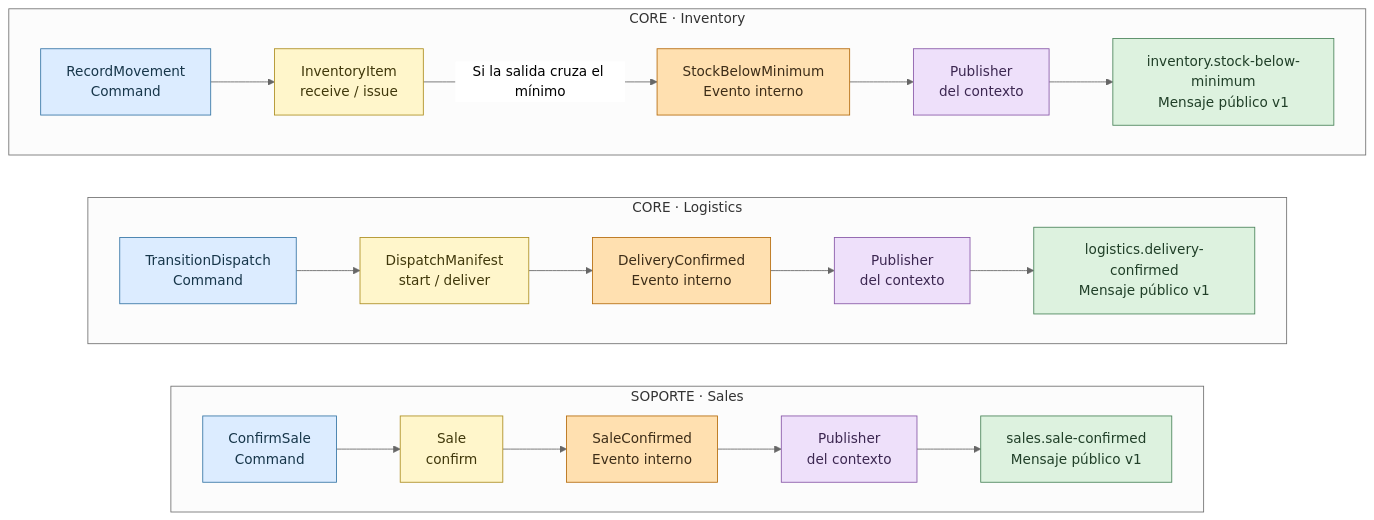
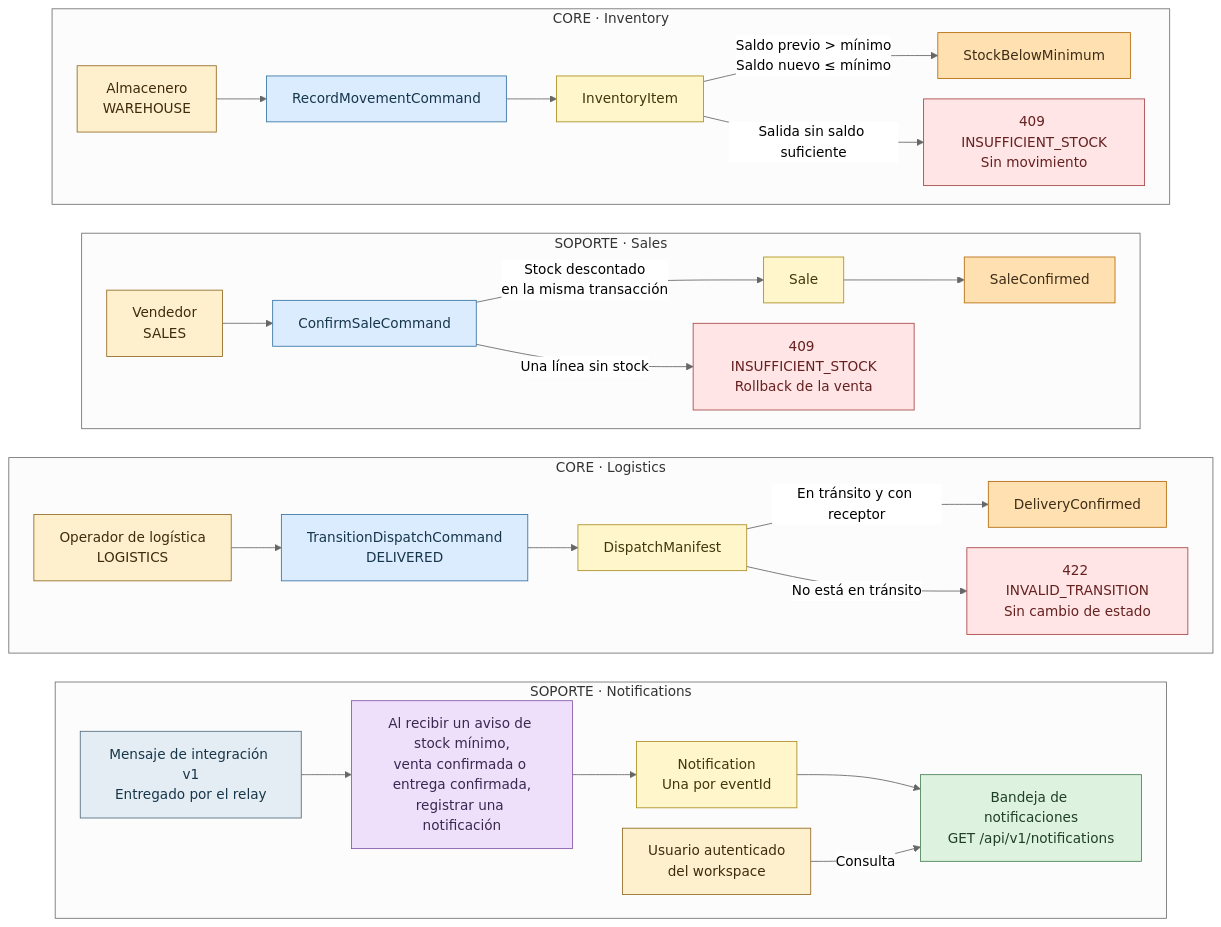
The diagram in design/diagrams/design-level-event-storming.mmd (AI-ToDu/ai-todu-report), drawn with Mermaid (neutral theme) before and after one commit. The commit also changed 3 other files, not shown here.

First line of the commit message:
I mapped actors, rejection paths, and the notification policy in EventStorming

```diff
--- a/design/diagrams/design-level-event-storming.mmd
+++ b/design/diagrams/design-level-event-storming.mmd
@@ -1,29 +1,47 @@
+---
+config:
+  flowchart:
+    nodeSpacing: 24
+    rankSpacing: 34
+---
 flowchart TB
  subgraph inventory["CORE · Inventory"]
  direction LR
- movement["RecordMovement<br/>Command"]:::command --> item["InventoryItem<br/>receive / issue"]:::aggregate
- item -->|"Si la salida cruza el mínimo"| low["StockBelowMinimum<br/>Evento interno"]:::event
- low --> invpub["Publisher<br/>del contexto"]:::policy
- invpub --> invmsg["inventory.stock-below-minimum<br/>Mensaje público v1"]:::read
+ warehouse["Almacenero<br/>WAREHOUSE"]:::actor --> movement["RecordMovementCommand"]:::command
+ movement --> item["InventoryItem"]:::aggregate
+ item -->|"Saldo previo > mínimo<br/>Saldo nuevo ≤ mínimo"| low["StockBelowMinimum"]:::event
+ item -->|"Salida sin saldo suficiente"| stockError["409 INSUFFICIENT_STOCK<br/>Sin movimiento"]:::rejection
+ end
+ subgraph commercial["SOPORTE · Sales"]
+ direction LR
+ seller["Vendedor<br/>SALES"]:::actor --> confirm["ConfirmSaleCommand"]:::command
+ confirm -->|"Stock descontado<br/>en la misma transacción"| sale["Sale"]:::aggregate
+ sale --> confirmed["SaleConfirmed"]:::event
+ confirm -->|"Una línea sin stock"| saleError["409 INSUFFICIENT_STOCK<br/>Rollback de la venta"]:::rejection
  end
  subgraph logistics["CORE · Logistics"]
  direction LR
- transition["TransitionDispatch<br/>Command"]:::command --> manifest["DispatchManifest<br/>start / deliver"]:::aggregate
- manifest --> delivery["DeliveryConfirmed<br/>Evento interno"]:::event
- delivery --> logpub["Publisher<br/>del contexto"]:::policy
- logpub --> logmsg["logistics.delivery-confirmed<br/>Mensaje público v1"]:::read
+ coordinator["Operador de logística<br/>LOGISTICS"]:::actor --> transition["TransitionDispatchCommand<br/>DELIVERED"]:::command
+ transition --> manifest["DispatchManifest"]:::aggregate
+ manifest -->|"En tránsito y con receptor"| delivery["DeliveryConfirmed"]:::event
+ manifest -->|"No está en tránsito"| deliveryError["422 INVALID_TRANSITION<br/>Sin cambio de estado"]:::rejection
  end
- subgraph commercial["SOPORTE · Sales"]
+ subgraph notifications["SOPORTE · Notifications"]
  direction LR
- confirm["ConfirmSale<br/>Command"]:::command --> sale["Sale<br/>confirm"]:::aggregate
- sale --> confirmed["SaleConfirmed<br/>Evento interno"]:::event
- confirmed --> salepub["Publisher<br/>del contexto"]:::policy
- salepub --> salemsg["sales.sale-confirmed<br/>Mensaje público v1"]:::read
+ message["Mensaje de integración v1<br/>Entregado por el relay"]:::integration
+ message --> policy["Al recibir un aviso de stock mínimo,<br/>venta confirmada o entrega confirmada,<br/>registrar una notificación"]:::policy
+ policy --> saved["Notification<br/>Una por eventId"]:::aggregate
+ saved --> inbox["Bandeja de notificaciones<br/>GET /api/v1/notifications"]:::read
+ reader["Usuario autenticado<br/>del workspace"]:::actor -->|"Consulta"| inbox
  end
- inventory ~~~ logistics
- logistics ~~~ commercial
+ inventory ~~~ commercial
+ commercial ~~~ logistics
+ logistics ~~~ notifications
+ classDef actor fill:#fff0cd,stroke:#926a24,color:#3e2b0d
  classDef command fill:#dcecff,stroke:#3575a5,color:#17364a
  classDef aggregate fill:#fff6cb,stroke:#ad8e21,color:#40380b
  classDef event fill:#ffe0b0,stroke:#b56b0c,color:#3d2d18
  classDef policy fill:#eee0fa,stroke:#8757a7,color:#3c2751
  classDef read fill:#ddf2df,stroke:#498359,color:#203f28
+ classDef integration fill:#e5edf4,stroke:#526d80,color:#17364a
+ classDef rejection fill:#ffe5e5,stroke:#a84646,color:#652020
```
